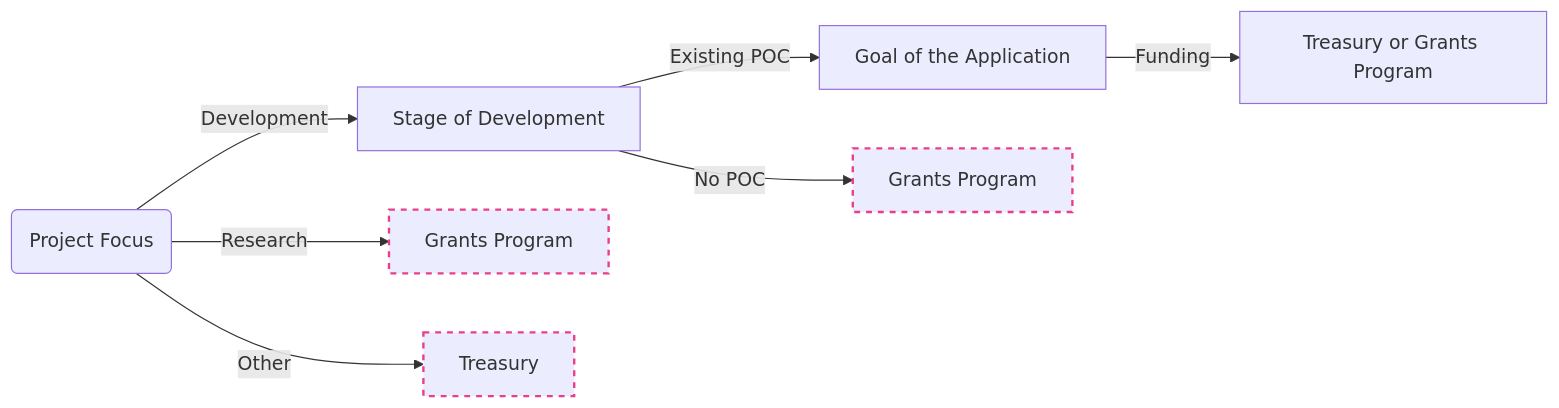
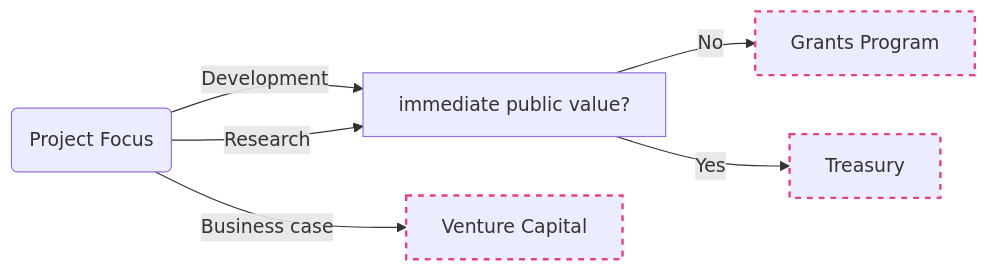
Before and after one commit to w3f/Grants-Program: the diagram in README.md, drawn with Mermaid.

Commit message:
New funding flowchart
An updated funding flowchart inspired by [Shawn Tabrizi](https://forum.polkadot.network/t/is-the-treasury-polkadots-biggest-vc/9015).

````diff
--- a/README.md
+++ b/README.md
@@ -260,17 +260,17 @@
 ```mermaid
 flowchart LR
     A(Project Focus)
-    A -->|Development| B[Stage of Development]
-    A -->|Research| C[Grants Program]
-    A -->|Other| D[Treasury]
-    B -->|Existing POC| E[Goal of the Application]
-    B -->|No POC| F[Grants Program]
-    E -->|Funding| G[Treasury or Grants Program]
+    A -->|Development| B[immediate public value?]
+    A -->|Research| B
+    B -->|No| C[Grants Program]
+    B -->|Yes| D[Treasury]
+    A -->|Business case| E[Venture Capital]
+    
+
     style C stroke:#e83e8c,stroke-width:2px,stroke-dasharray: 5 5
     style D stroke:#e83e8c,stroke-width:2px,stroke-dasharray: 5 5
-    style F stroke:#e83e8c,stroke-width:2px,stroke-dasharray: 5 5
+    style E stroke:#e83e8c,stroke-width:2px,stroke-dasharray: 5 5
     
     click C "https://github.com/w3f/Grants-Program#pencil-process" "You are already in the right place :)"
     click D "https://polkadot.network/treasury" "https://polkadot.network/treasury/" _blank
-    click F "https://github.com/w3f/Grants-Program#pencil-process" "You are already in the right place :)"
 ```
````
